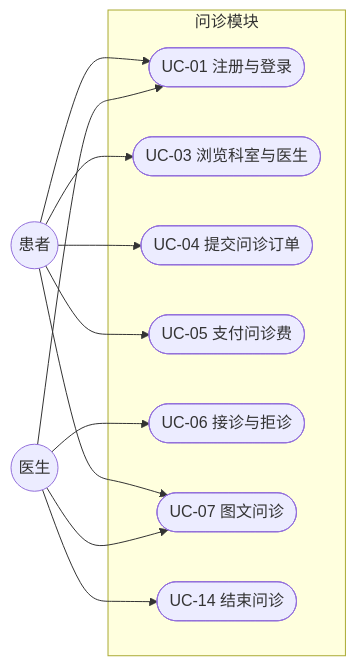
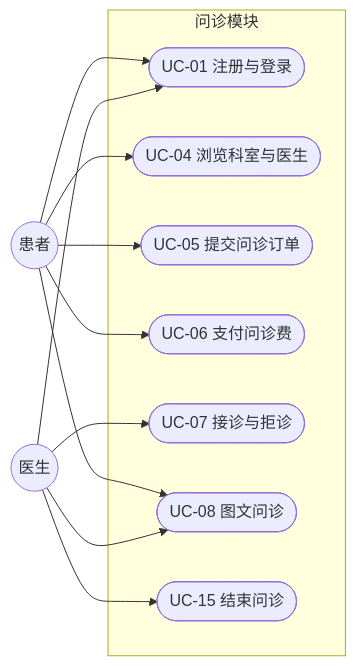
The first of 7 diagrams in docs/diagrams/README.md (RefuseIOT/MedicinePlatform), drawn with Mermaid before and after one commit. The commit also changed other lines of this file and 4 other files, not shown here.

````diff
--- a/docs/diagrams/README.md
+++ b/docs/diagrams/README.md
@@ -9,25 +9,25 @@
 ```mermaid
 flowchart LR
     P((患者))
     D((医生))
 
     subgraph 问诊模块
         UC01([UC-01 注册与登录])
-        UC03([UC-03 浏览科室与医生])
-        UC04([UC-04 提交问诊订单])
-        UC05([UC-05 支付问诊费])
-        UC06([UC-06 接诊与拒诊])
-        UC07([UC-07 图文问诊])
-        UC14([UC-14 结束问诊])
+        UC04([UC-04 浏览科室与医生])
+        UC05([UC-05 提交问诊订单])
+        UC06([UC-06 支付问诊费])
+        UC07([UC-07 接诊与拒诊])
+        UC08([UC-08 图文问诊])
+        UC15([UC-15 结束问诊])
     end
 
     P --> UC01
-    P --> UC03
     P --> UC04
     P --> UC05
-    P --> UC07
+    P --> UC06
+    P --> UC08
     D --> UC01
-    D --> UC06
     D --> UC07
-    D --> UC14
+    D --> UC08
+    D --> UC15
 ```
````
